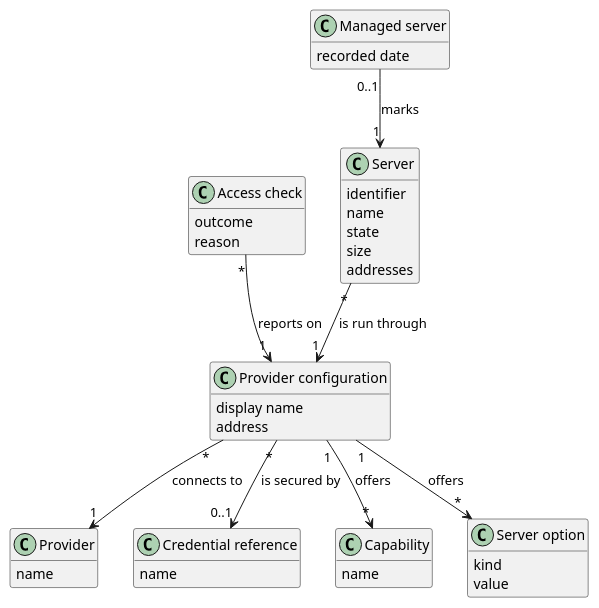
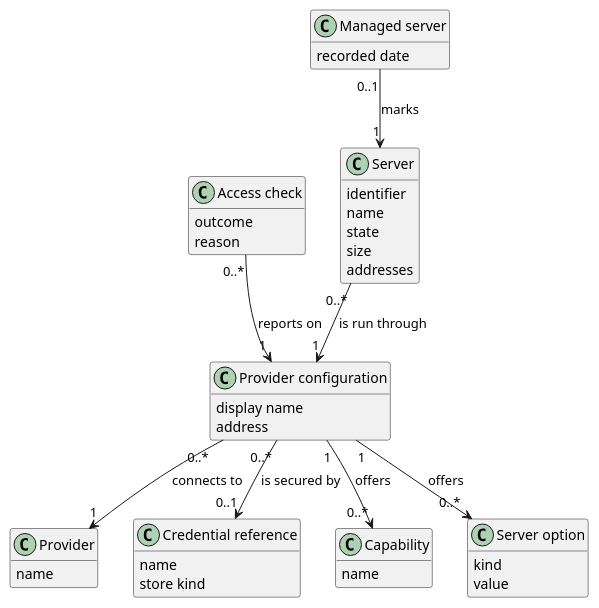
Before and after one commit to TirSystem/iac-node-forge: the diagram in docs/domain-model.md, drawn with PlantUML. The commit also changed other lines of this file and 17 other files, not shown here.

````diff
--- a/docs/domain-model.md
+++ b/docs/domain-model.md
@@ -28,44 +29,45 @@
 ```plantuml
 @startuml
 hide methods
 class Provider {
   name
 }
 class "Provider configuration" as PC {
   display name
   address
 }
 class "Credential reference" as CR {
   name
+  store kind
 }
 class "Access check" as AC {
   outcome
   reason
 }
 class Capability {
   name
 }
 class "Server option" as SO {
   kind
   value
 }
 class Server {
   identifier
   name
   state
   size
   addresses
 }
 class "Managed server" as MS {
   recorded date
 }
 
-PC "*" --> "1" Provider : connects to
-PC "*" --> "0..1" CR : is secured by
-AC "*" --> "1" PC : reports on
-PC "1" --> "*" Capability : offers
-PC "1" --> "*" SO : offers
-Server "*" --> "1" PC : is run through
+PC "0..*" --> "1" Provider : connects to
+PC "0..*" --> "0..1" CR : is secured by
+AC "0..*" --> "1" PC : reports on
+PC "1" --> "0..*" Capability : offers
+PC "1" --> "0..*" SO : offers
+Server "0..*" --> "1" PC : is run through
 MS "0..1" --> "1" Server : marks
 @enduml
 ```
````
